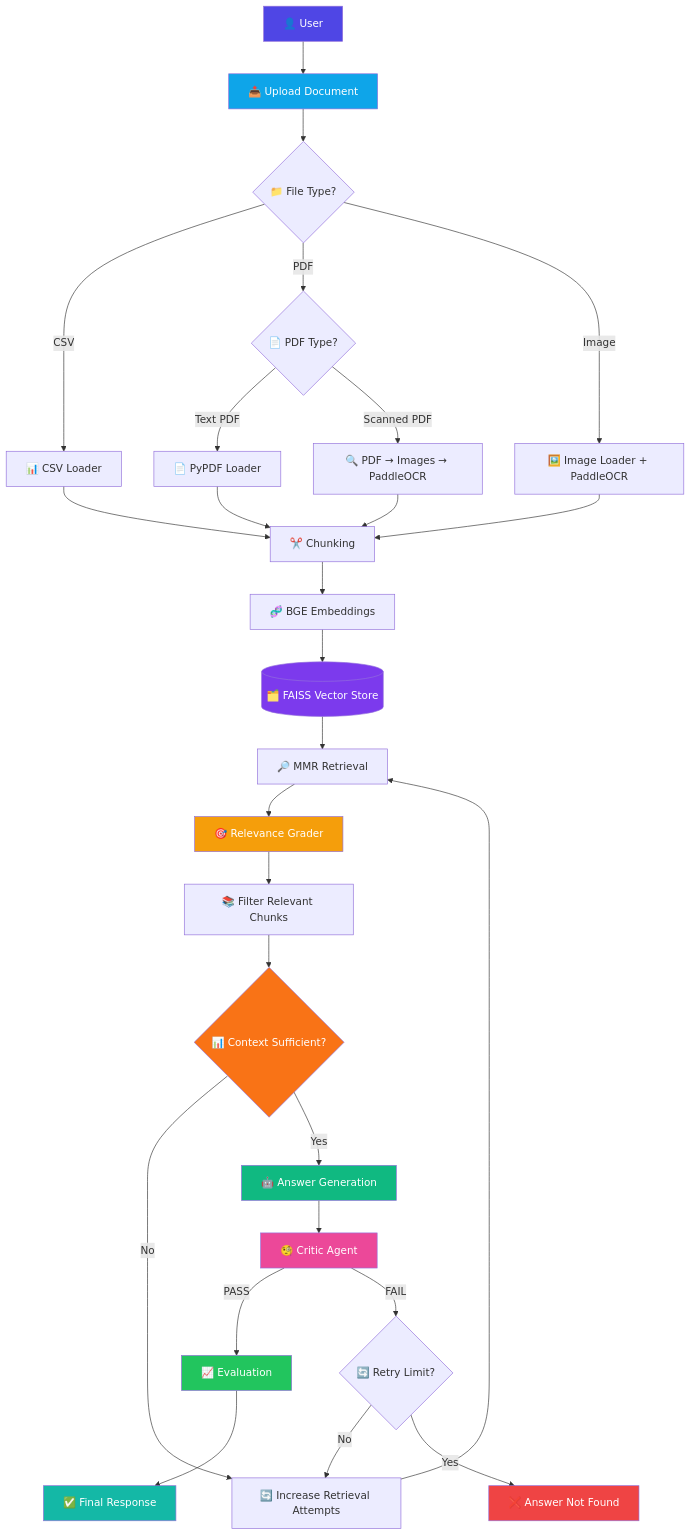
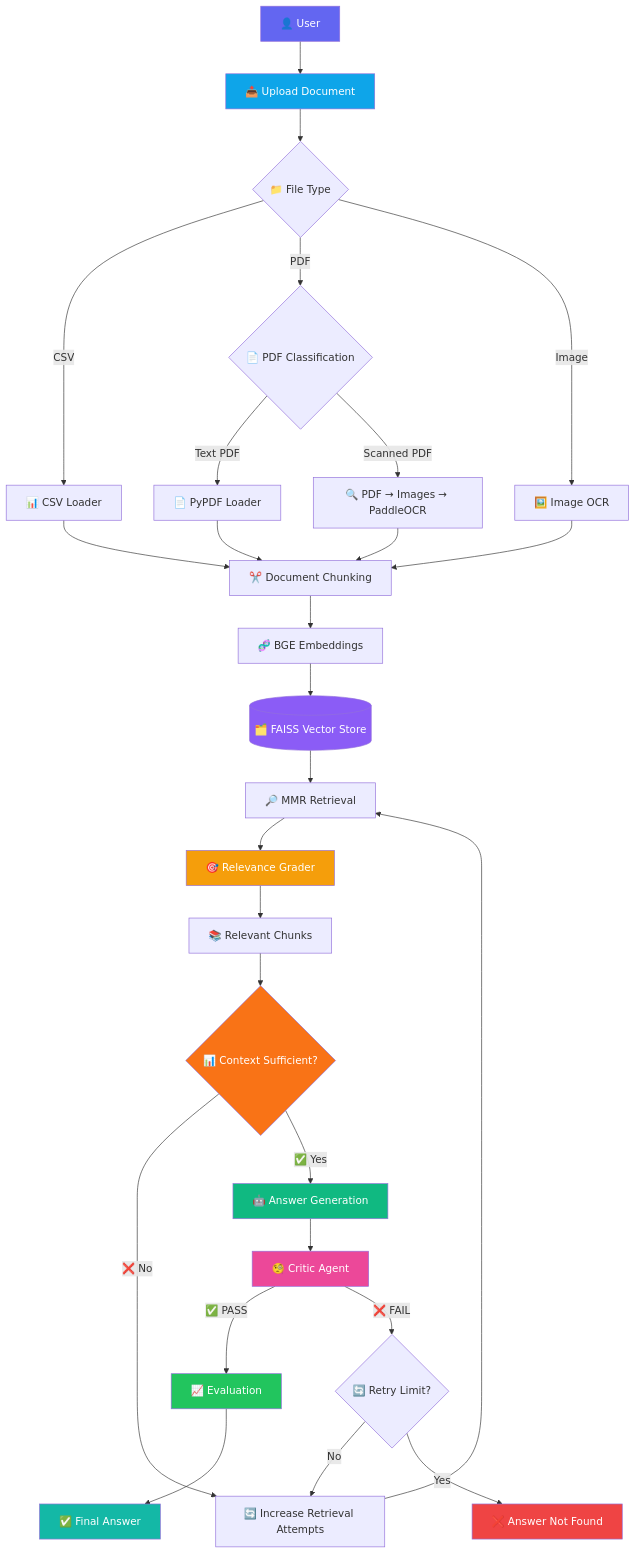
The first of 2 diagrams in README.md (Hrishav720/OmniRAG-AI), drawn with Mermaid before and after one commit. The commit also changed other lines of this file, not shown here.

````diff
--- a/README.md
+++ b/README.md
@@ -68,55 +50,56 @@
 ```mermaid
 flowchart TD
 
     A[👤 User] --> B[📤 Upload Document]
 
-    B --> C{📁 File Type?}
+    B --> C{📁 File Type}
 
     C -->|CSV| D[📊 CSV Loader]
-    C -->|PDF| E{📄 PDF Type?}
-    C -->|Image| F[🖼️ Image Loader + PaddleOCR]
+    C -->|PDF| E{📄 PDF Classification}
+    C -->|Image| F[🖼️ Image OCR]
 
     E -->|Text PDF| G[📄 PyPDF Loader]
     E -->|Scanned PDF| H[🔍 PDF → Images → PaddleOCR]
 
-    D --> I[✂️ Chunking]
+    D --> I[✂️ Document Chunking]
     G --> I
     H --> I
     F --> I
 
     I --> J[🧬 BGE Embeddings]
     J --> K[(🗂️ FAISS Vector Store)]
 
     K --> L[🔎 MMR Retrieval]
 
     L --> M[🎯 Relevance Grader]
-    M --> N[📚 Filter Relevant Chunks]
+    M --> N[📚 Relevant Chunks]
 
     N --> O{📊 Context Sufficient?}
 
-    O -->|No| P[🔄 Increase Retrieval Attempts]
+    O -->|❌ No| P[🔄 Increase Retrieval Attempts]
     P --> L
 
-    O -->|Yes| Q[🤖 Answer Generation]
+    O -->|✅ Yes| Q[🤖 Answer Generation]
 
     Q --> R[🧐 Critic Agent]
 
-    R -->|PASS| S[📈 Evaluation]
-    R -->|FAIL| T{🔄 Retry Limit?}
+    R -->|✅ PASS| S[📈 Evaluation]
+
+    R -->|❌ FAIL| T{🔄 Retry Limit?}
 
     T -->|No| P
     T -->|Yes| U[❌ Answer Not Found]
 
-    S --> V[✅ Final Response]
+    S --> V[✅ Final Answer]
 
-    style A fill:#4F46E5,color:#fff
+    style A fill:#6366F1,color:#fff
     style B fill:#0EA5E9,color:#fff
-    style K fill:#7C3AED,color:#fff
+    style K fill:#8B5CF6,color:#fff
     style M fill:#F59E0B,color:#fff
     style O fill:#F97316,color:#fff
     style Q fill:#10B981,color:#fff
     style R fill:#EC4899,color:#fff
     style S fill:#22C55E,color:#fff
     style U fill:#EF4444,color:#fff
     style V fill:#14B8A6,color:#fff
 ```
````
